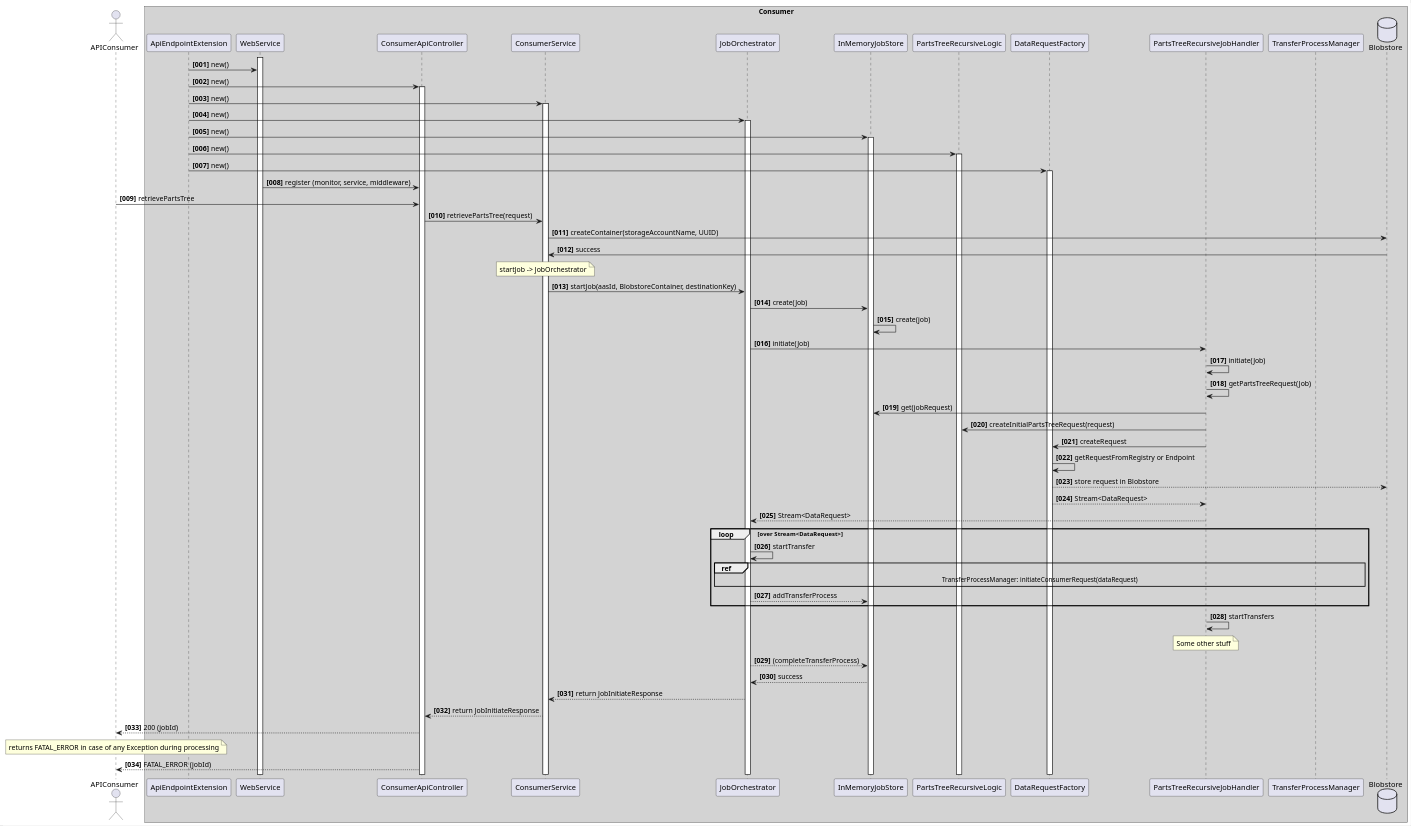
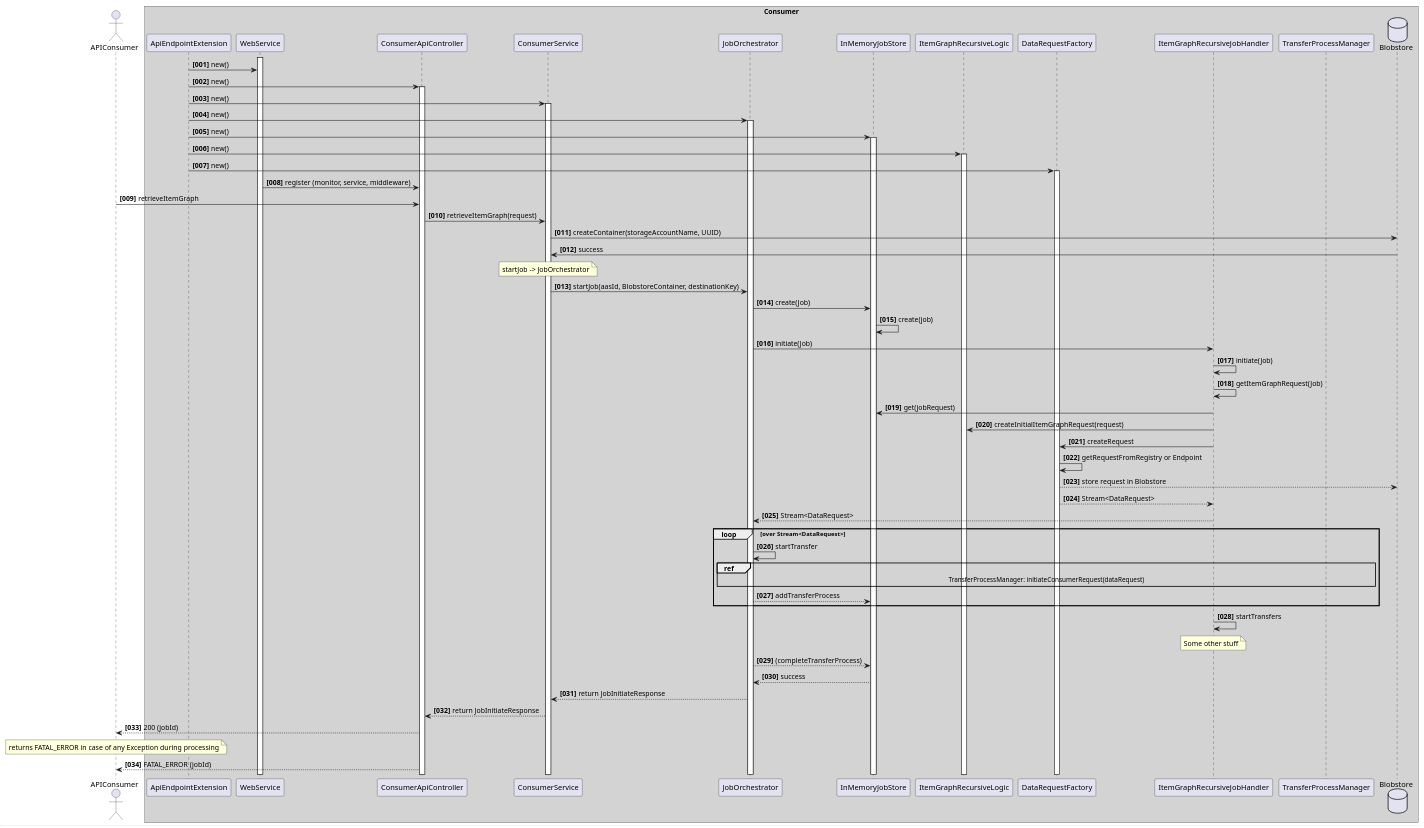
The diagram in uml-diagramms/job-orchistration-sequence.puml (eclipse-tractusx/item-relationship-service), drawn with PlantUML before and after one commit. The commit also changed 3 other files, not shown here.

```diff
--- a/uml-diagramms/job-orchistration-sequence.puml
+++ b/uml-diagramms/job-orchistration-sequence.puml
@@ -1,82 +1,82 @@
 @startuml
 skinparam shadowing false
 
 actor APIConsumer
 
 autonumber "<b>[000]"
 
 box "Consumer" #LightGrey
 participant ApiEndpointExtension
 activate WebService
 ApiEndpointExtension -> WebService: new()
 ApiEndpointExtension -> ConsumerApiController: new()
 activate ConsumerApiController
 ApiEndpointExtension -> ConsumerService: new()
 
 
 
 activate ConsumerService
 ApiEndpointExtension -> JobOrchestrator: new()
 activate JobOrchestrator
 
 
 ApiEndpointExtension -> InMemoryJobStore: new()
 activate InMemoryJobStore
-ApiEndpointExtension ->  PartsTreeRecursiveLogic: new()
-activate PartsTreeRecursiveLogic
+ApiEndpointExtension ->  ItemGraphRecursiveLogic: new()
+activate ItemGraphRecursiveLogic
 ApiEndpointExtension ->  DataRequestFactory: new()
 activate DataRequestFactory
-participant PartsTreeRecursiveJobHandler
+participant ItemGraphRecursiveJobHandler
 participant TransferProcessManager
 database Blobstore
 
 WebService -> ConsumerApiController: register (monitor, service, middleware)
 
-APIConsumer -> ConsumerApiController: retrievePartsTree
-ConsumerApiController -> ConsumerService : retrievePartsTree(request)
+APIConsumer -> ConsumerApiController: retrieveItemGraph
+ConsumerApiController -> ConsumerService : retrieveItemGraph(request)
 ConsumerService -> Blobstore : createContainer(storageAccountName, UUID)
 ConsumerService <- Blobstore : success
 note over ConsumerService
 startJob -> JobOrchestrator
 end note
 ConsumerService -> JobOrchestrator: startJob(aasId, BlobstoreContainer, destinationKey)
 JobOrchestrator -> InMemoryJobStore: create(Job)
 
 
 InMemoryJobStore -> InMemoryJobStore: create(job)
-JobOrchestrator -> PartsTreeRecursiveJobHandler: initiate(Job)
-PartsTreeRecursiveJobHandler -> PartsTreeRecursiveJobHandler: initiate(Job)
-PartsTreeRecursiveJobHandler -> PartsTreeRecursiveJobHandler: getPartsTreeRequest(Job)
-PartsTreeRecursiveJobHandler -> InMemoryJobStore : get(jobRequest)
+JobOrchestrator -> ItemGraphRecursiveJobHandler: initiate(Job)
+ItemGraphRecursiveJobHandler -> ItemGraphRecursiveJobHandler: initiate(Job)
+ItemGraphRecursiveJobHandler -> ItemGraphRecursiveJobHandler: getItemGraphRequest(Job)
+ItemGraphRecursiveJobHandler -> InMemoryJobStore : get(jobRequest)
 
 
-PartsTreeRecursiveJobHandler -> PartsTreeRecursiveLogic : createInitialPartsTreeRequest(request)
-PartsTreeRecursiveJobHandler -> DataRequestFactory :createRequest
+ItemGraphRecursiveJobHandler -> ItemGraphRecursiveLogic : createInitialItemGraphRequest(request)
+ItemGraphRecursiveJobHandler -> DataRequestFactory :createRequest
 DataRequestFactory -> DataRequestFactory: getRequestFromRegistry or Endpoint
 DataRequestFactory --> Blobstore: store request in Blobstore
-PartsTreeRecursiveJobHandler <-- DataRequestFactory: Stream<DataRequest>
-JobOrchestrator <-- PartsTreeRecursiveJobHandler: Stream<DataRequest>
+ItemGraphRecursiveJobHandler <-- DataRequestFactory: Stream<DataRequest>
+JobOrchestrator <-- ItemGraphRecursiveJobHandler: Stream<DataRequest>
 loop over  Stream<DataRequest>
     JobOrchestrator -> JobOrchestrator: startTransfer
     ref over JobOrchestrator, TransferProcessManager
         TransferProcessManager: initiateConsumerRequest(dataRequest)
     end ref
     JobOrchestrator --> InMemoryJobStore: addTransferProcess
 end loop
-PartsTreeRecursiveJobHandler -> PartsTreeRecursiveJobHandler:startTransfers
-note over PartsTreeRecursiveJobHandler
+ItemGraphRecursiveJobHandler -> ItemGraphRecursiveJobHandler:startTransfers
+note over ItemGraphRecursiveJobHandler
     Some other stuff
 end note
 JobOrchestrator --> InMemoryJobStore: (completeTransferProcess)
 JobOrchestrator <-- InMemoryJobStore: success
 ConsumerService <-- JobOrchestrator:  return JobInitiateResponse
 ConsumerApiController <-- ConsumerService:  return JobInitiateResponse
 APIConsumer <-- ConsumerApiController: 200 (jobId)
 
 note over APIConsumer
     returns FATAL_ERROR in case of any Exception during processing
 end note
 APIConsumer <-- ConsumerApiController: FATAL_ERROR (jobId)
 
 
 @enduml
```
